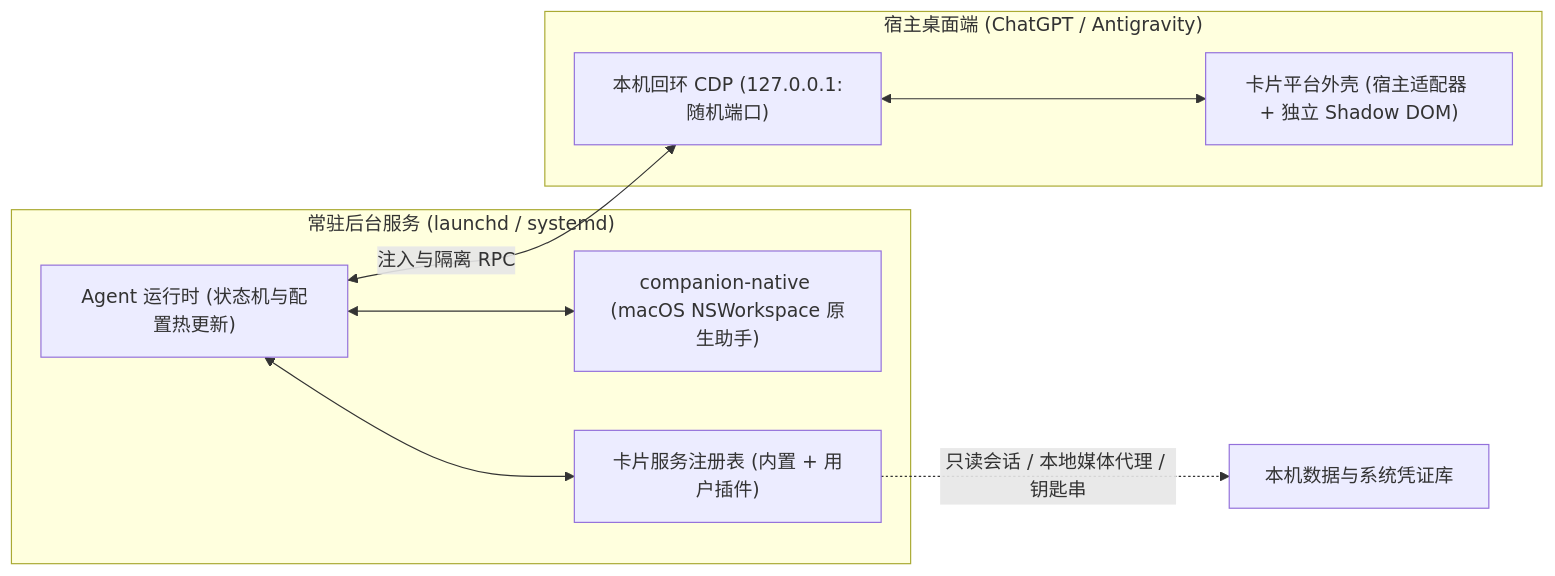
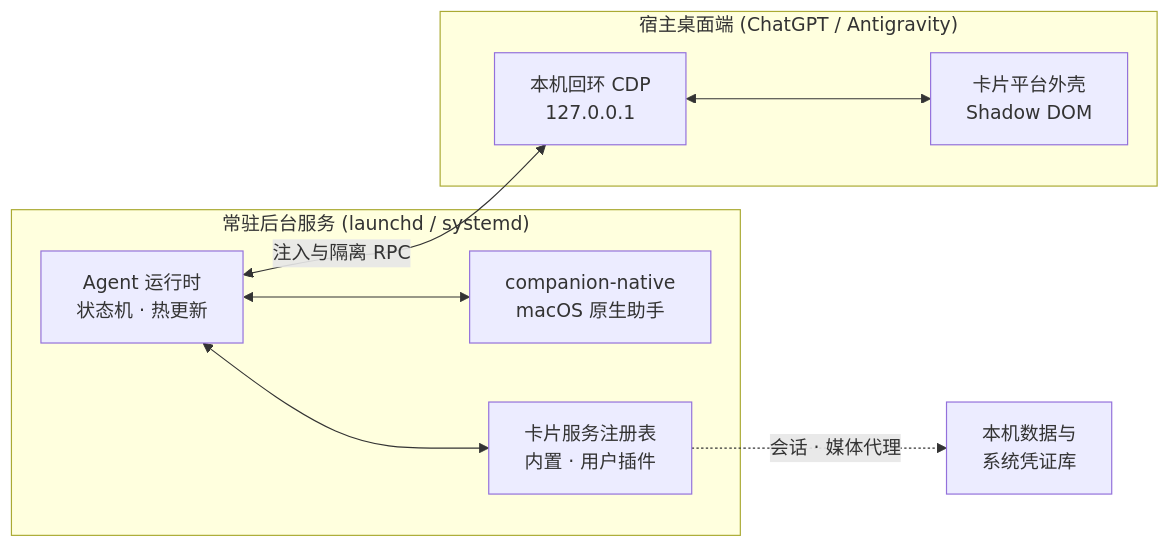
Before and after one commit to foriLLL/agent-companion: the diagram in README.zh-CN.md, drawn with Mermaid. The commit also changed 1 other file, not shown here.

Commit message:
docs: 修复中英文 README 架构图节点在 GitHub 被截断的问题

````diff
--- a/README.zh-CN.md
+++ b/README.zh-CN.md
@@ -224,19 +224,19 @@
 ```mermaid
 flowchart LR
   subgraph OS["常驻后台服务 (launchd / systemd)"]
-    Agent["Agent 运行时 (状态机与配置热更新)"]
-    Native["companion-native (macOS NSWorkspace 原生助手)"]
-    Services["卡片服务注册表 (内置 + 用户插件)"]
+    Agent["Agent 运行时<br/>状态机 · 热更新"]
+    Native["companion-native<br/>macOS 原生助手"]
+    Services["卡片服务注册表<br/>内置 · 用户插件"]
     Agent <--> Native
     Agent <--> Services
   end
 
   subgraph Host["宿主桌面端 (ChatGPT / Antigravity)"]
-    CDP["本机回环 CDP (127.0.0.1:随机端口)"]
-    Page["卡片平台外壳 (宿主适配器 + 独立 Shadow DOM)"]
+    CDP["本机回环 CDP<br/>127.0.0.1"]
+    Page["卡片平台外壳<br/>Shadow DOM"]
     CDP <--> Page
   end
 
   Agent <-->|"注入与隔离 RPC"| CDP
-  Services -.->|"只读会话 / 本地媒体代理 / 钥匙串"| Local["本机数据与系统凭证库"]
+  Services -.->|"会话 · 媒体代理"| Local["本机数据与<br/>系统凭证库"]
 ```
````
